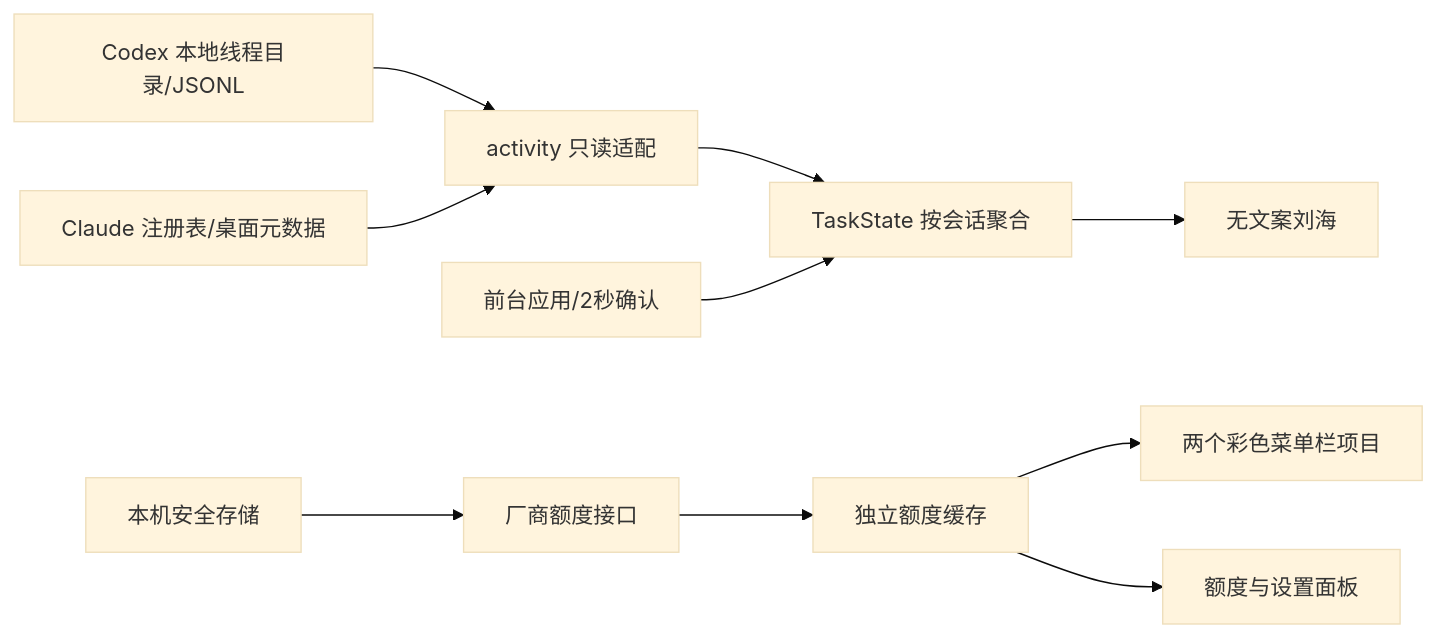
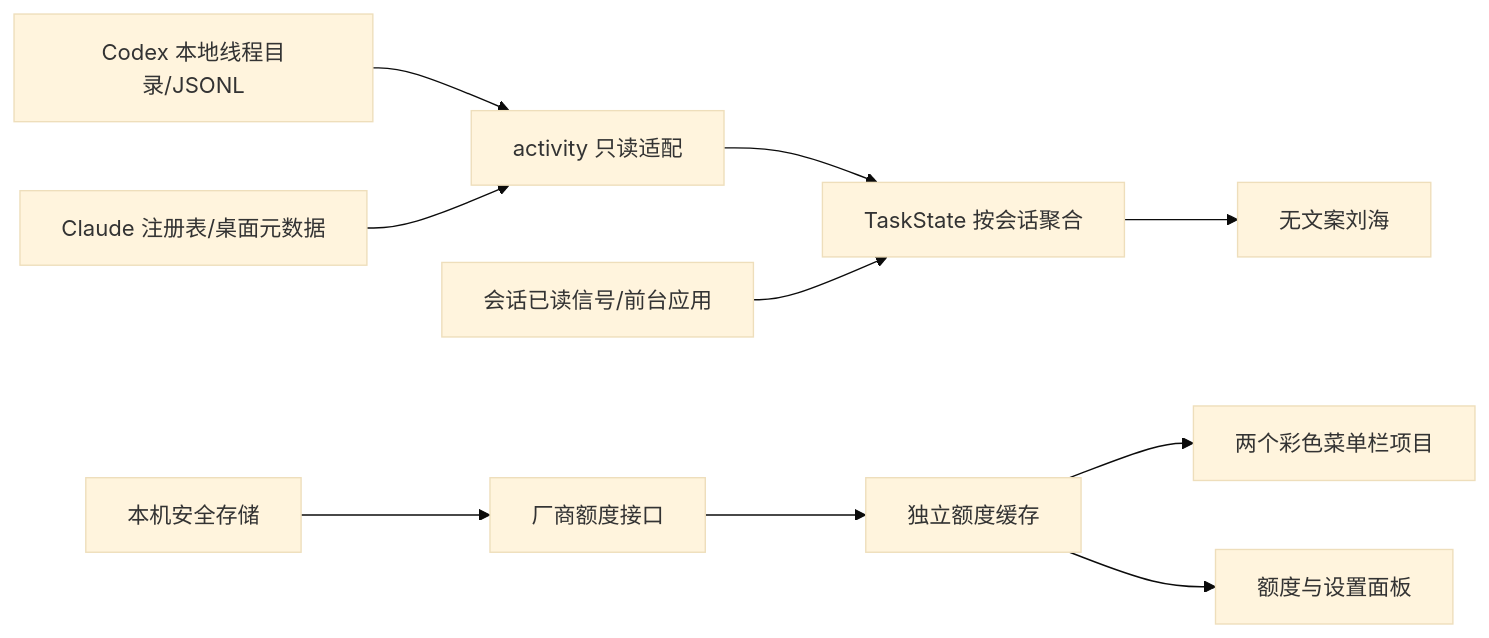
The diagram in docs/ARCHITECTURE.md (a1014709897-sketch/mac-notch), drawn with Mermaid (base theme) before and after one commit. The commit also changed other lines of this file and 28 other files, not shown here.

````diff
--- a/docs/ARCHITECTURE.md
+++ b/docs/ARCHITECTURE.md
@@ -5,12 +5,12 @@
 ```mermaid
 flowchart LR
  C[Codex 本地线程目录/JSONL] --> A[activity 只读适配]
  L[Claude 注册表/桌面元数据] --> A
  A --> S[TaskState 按会话聚合]
- F[前台应用/2秒确认] --> S
+ F[会话已读信号/前台应用] --> S
  S --> N[无文案刘海]
  Q[厂商额度接口] --> M[独立额度缓存]
  M --> T[两个彩色菜单栏项目]
  M --> P[额度与设置面板]
  K[本机安全存储] --> Q
 ```
````
